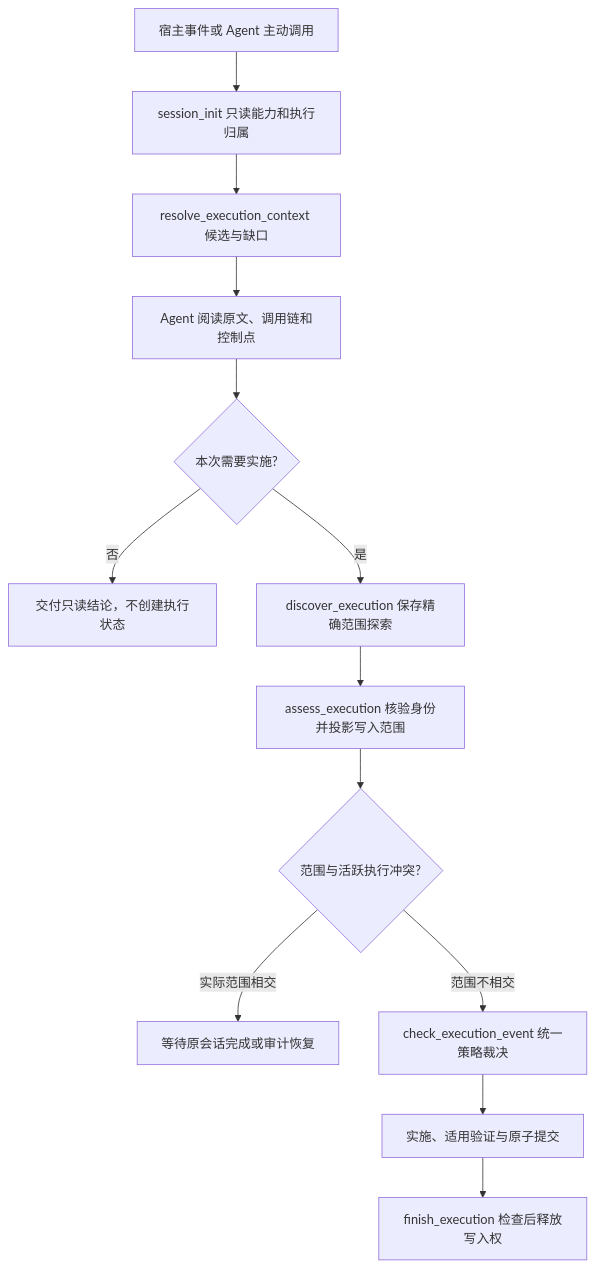
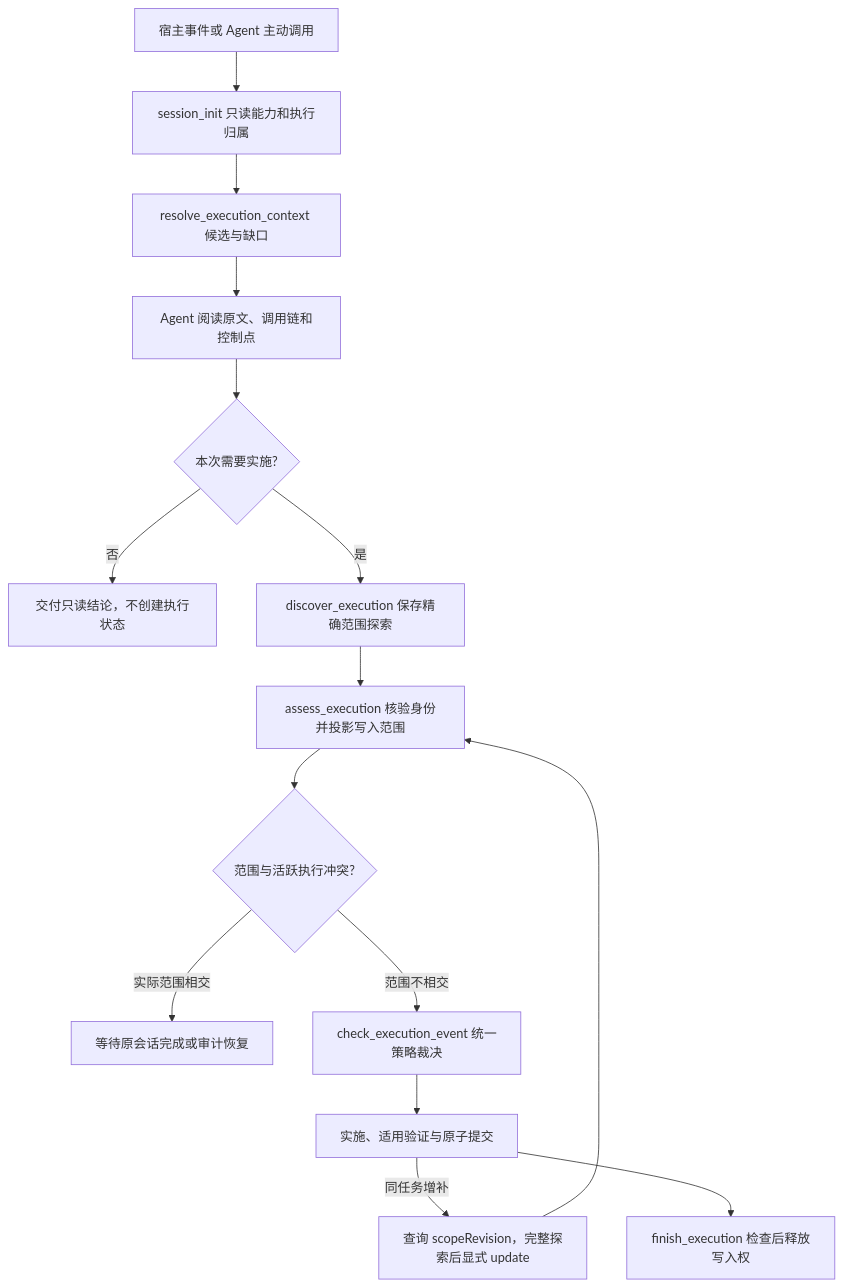
The first of 7 diagrams in docs/ai-coding-architecture.md (exception-coder/kai-toolbox), drawn with Mermaid before and after one commit. The commit also changed other lines of this file and 11 other files, not shown here.

````diff
--- a/docs/ai-coding-architecture.md
+++ b/docs/ai-coding-architecture.md
@@ -44,15 +44,17 @@
 ```mermaid
 flowchart TD
     HOST["宿主事件或 Agent 主动调用"] --> INIT["session_init 只读能力和执行归属"]
     INIT --> CONTEXT["resolve_execution_context 候选与缺口"]
     CONTEXT --> AGENT["Agent 阅读原文、调用链和控制点"]
     AGENT --> INTENT{"本次需要实施?"}
     INTENT -->|"否"| ANSWER["交付只读结论，不创建执行状态"]
     INTENT -->|"是"| DISCOVER["discover_execution 保存精确范围探索"]
     DISCOVER --> ASSESS["assess_execution 核验身份并投影写入范围"]
     ASSESS --> CLAIM{"范围与活跃执行冲突?"}
     CLAIM -->|"实际范围相交"| WAIT["等待原会话完成或审计恢复"]
     CLAIM -->|"范围不相交"| EVENT["check_execution_event 统一策略裁决"]
     EVENT --> EDIT["实施、适用验证与原子提交"]
+    EDIT -->|"同任务增补"| EXPAND["查询 scopeRevision，完整探索后显式 update"]
+    EXPAND --> ASSESS
     EDIT --> FINISH["finish_execution 检查后释放写入权"]
 ```
````
